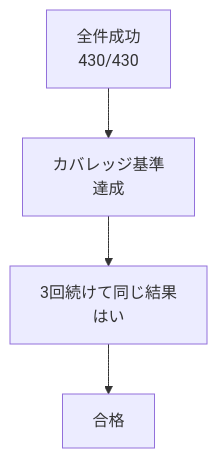
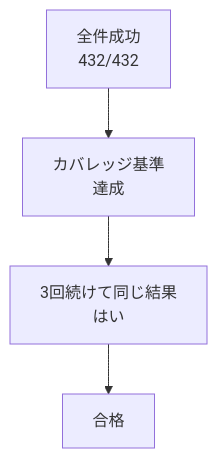
One commit to pocarialice/rpglearning changed the third of 3 diagrams in documents/モジュールテスト結果報告書_RPG学習アプリ.md. Above: the diagram before and after it, drawn with Mermaid. The commit also changed other lines of this file and 1 other file, not shown here.

````diff
--- a/documents/モジュールテスト結果報告書_RPG学習アプリ.md
+++ b/documents/モジュールテスト結果報告書_RPG学習アプリ.md
@@ -995,6 +997,6 @@
 ```mermaid
 flowchart TD
-  A["全件成功<br>430/430"] --> B["カバレッジ基準<br>達成"]
+  A["全件成功<br>432/432"] --> B["カバレッジ基準<br>達成"]
   B --> C["3回続けて同じ結果<br>はい"]
   C --> D["合格"]
 ```
````
